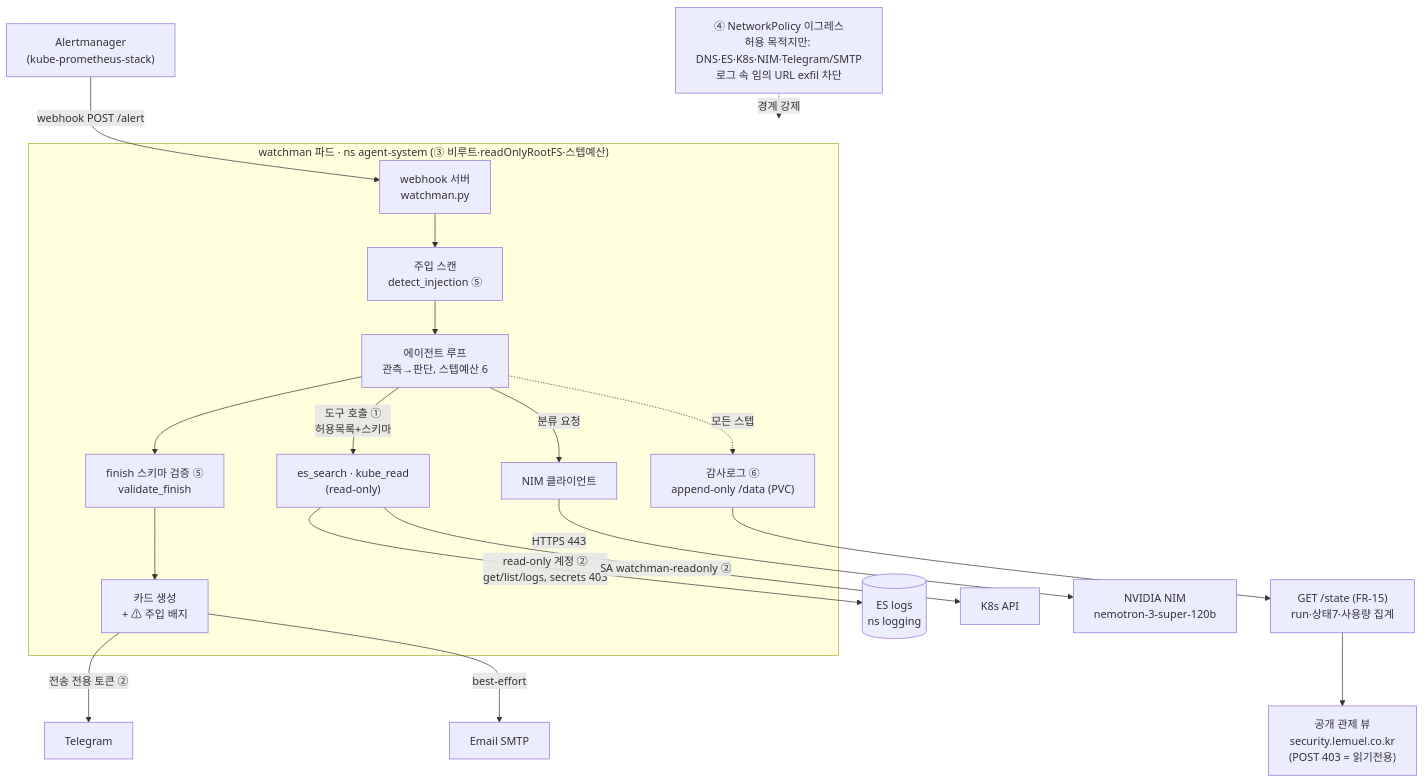
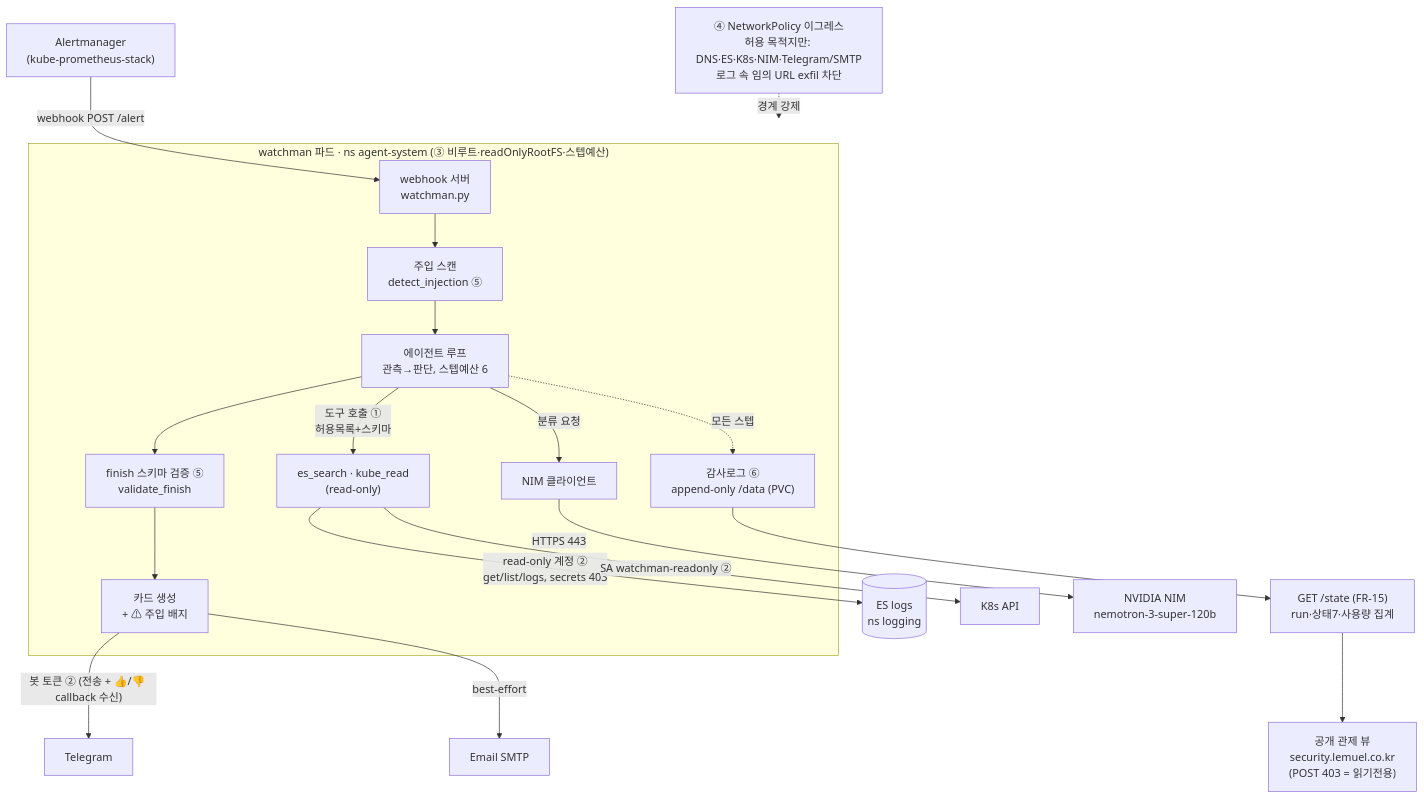
One commit to MyoungSoo7/watchman-secops-agent changed the diagram in docs/architecture.md. Above: the diagram before and after it, drawn with Mermaid. The commit also changed 29 other files, not shown here.

````diff
--- a/docs/architecture.md
+++ b/docs/architecture.md
@@ -8,25 +8,25 @@
 ```mermaid
 flowchart TD
     AM["Alertmanager<br/>(kube-prometheus-stack)"] -->|"webhook POST /alert"| WM
 
     subgraph POD["watchman 파드 · ns agent-system (③ 비루트·readOnlyRootFS·스텝예산)"]
         WM["webhook 서버<br/>watchman.py"] --> SCAN["주입 스캔<br/>detect_injection ⑤"]
         SCAN --> LOOP["에이전트 루프<br/>관측→판단, 스텝예산 6"]
         LOOP -->|"도구 호출 ①<br/>허용목록+스키마"| TOOLS["es_search · kube_read<br/>(read-only)"]
         LOOP -->|"분류 요청"| NIMOUT["NIM 클라이언트"]
         LOOP --> VALID["finish 스키마 검증 ⑤<br/>validate_finish"]
         VALID --> CARD["카드 생성<br/>+ ⚠ 주입 배지"]
         LOOP -.->|"모든 스텝"| AUDIT["감사로그 ⑥<br/>append-only /data (PVC)"]
     end
 
     TOOLS -->|"read-only 계정 ②<br/>get/list/logs, secrets 403"| ES[("ES logs<br/>ns logging")]
     TOOLS -->|"SA watchman-readonly ②"| K8S["K8s API"]
     NIMOUT -->|"HTTPS 443"| NIM["NVIDIA NIM<br/>nemotron-3-super-120b"]
-    CARD -->|"전송 전용 토큰 ②"| TG["Telegram"]
+    CARD -->|"봇 토큰 ② (전송 + 👍/👎 callback 수신)"| TG["Telegram"]
     CARD -->|"best-effort"| MAIL["Email SMTP"]
     AUDIT --> STATE["GET /state (FR-15)<br/>run·상태7·사용량 집계"]
     STATE --> VIEW["공개 관제 뷰<br/>security.lemuel.co.kr<br/>(POST 403 = 읽기전용)"]
 
     NETPOL["④ NetworkPolicy 이그레스<br/>허용 목적지만: DNS·ES·K8s·NIM·Telegram/SMTP<br/>로그 속 임의 URL exfil 차단"]
     NETPOL -.->|"경계 강제"| POD
 ```
````
